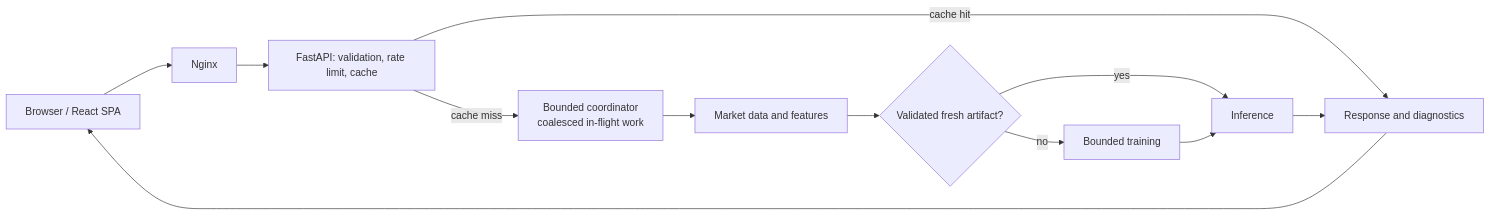
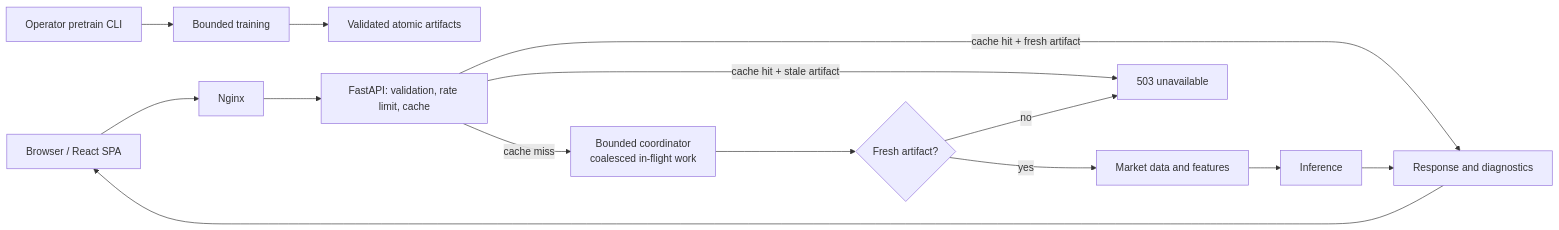
The diagram in docs/ARCHITECTURE.md (AnasBabari/stock-predictor-lstm), drawn with Mermaid before and after one commit. The commit also changed other lines of this file and 3 other files, not shown here.

````diff
--- a/docs/ARCHITECTURE.md
+++ b/docs/ARCHITECTURE.md
@@ -7,14 +7,16 @@
 ```mermaid
 flowchart LR
+    operator[Operator pretrain CLI] --> training[Bounded training]
+    training --> artifacts[Validated atomic artifacts]
     browser[Browser / React SPA] --> nginx[Nginx]
     nginx --> api[FastAPI: validation, rate limit, cache]
-    api -->|cache hit| response[Response and diagnostics]
+    api -->|cache hit + fresh artifact| response[Response and diagnostics]
+    api -->|cache hit + stale artifact| unavailable
     api -->|cache miss| coordinator[Bounded coordinator<br/>coalesced in-flight work]
-    coordinator --> market[Market data and features]
-    market --> artifact{Validated fresh artifact?}
-    artifact -->|yes| inference[Inference]
-    artifact -->|no| training[Bounded training]
-    training --> inference
+    coordinator --> artifact{Fresh artifact?}
+    artifact -->|no| unavailable[503 unavailable]
+    artifact -->|yes| market[Market data and features]
+    market --> inference[Inference]
     inference --> response
     response --> browser
 ```
````
